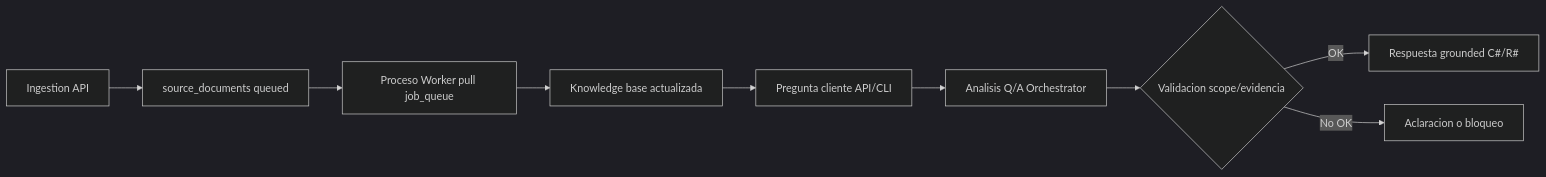
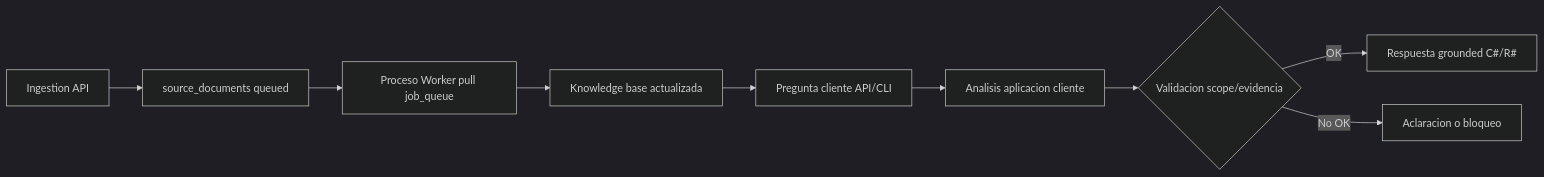
One commit to mcalza96/CIRE-RAG changed the tenth of 11 diagrams in docs/rag-engine/flows-and-diagrams.md. Above: the diagram before and after it, drawn with Mermaid (dark theme). The commit also changed other lines of this file and 58 other files, not shown here.

````diff
--- a/docs/rag-engine/flows-and-diagrams.md
+++ b/docs/rag-engine/flows-and-diagrams.md
@@ -244,11 +225,11 @@
 ```mermaid
 flowchart LR
     A[Ingestion API] --> B[source_documents queued]
     B --> C[Proceso Worker pull job_queue]
     C --> D[Knowledge base actualizada]
     D --> E[Pregunta cliente API/CLI]
-    E --> F[Analisis Q/A Orchestrator]
+    E --> F[Analisis aplicacion cliente]
     F --> G{Validacion scope/evidencia}
     G -->|OK| H[Respuesta grounded C#/R#]
     G -->|No OK| I[Aclaracion o bloqueo]
 ```
````
